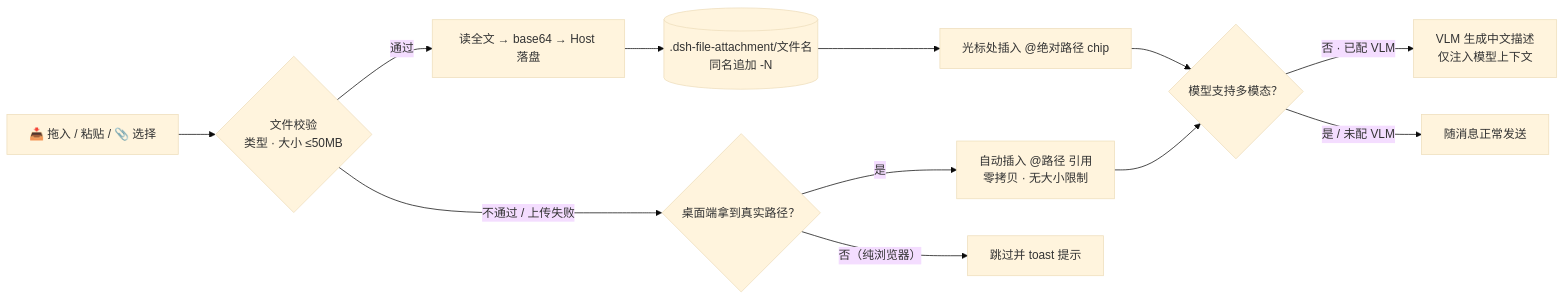
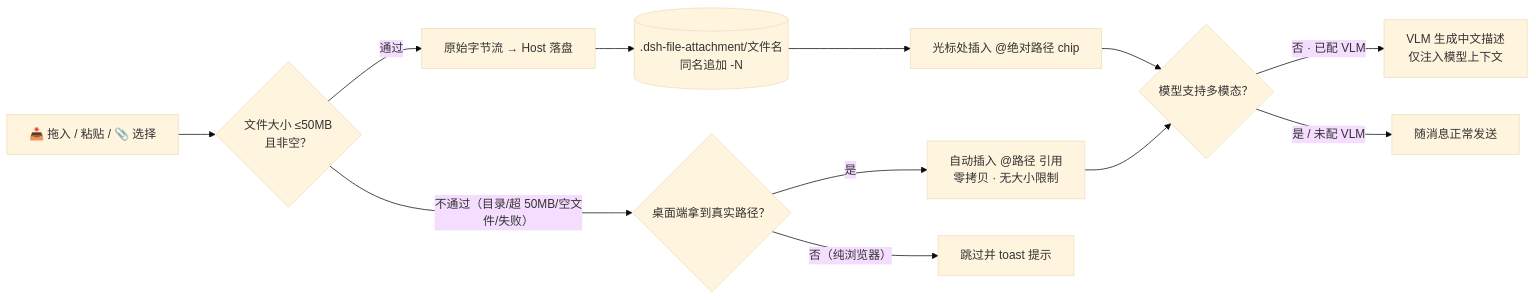
Before and after one commit to xinstart-1/dsh-files-fallback: the first of 2 diagrams in README.md, drawn with Mermaid (base theme). The commit also changed other lines of this file and 3 other files, not shown here.

````diff
--- a/README.md
+++ b/README.md
@@ -67,14 +66,14 @@
 ```mermaid
 flowchart LR
-    A["📥 拖入 / 粘贴 / 📎 选择"] --> B{"文件校验<br/>类型 · 大小 ≤50MB"}
-    B -- "通过" --> C["读全文 → base64 → Host 落盘"]
+    A["📥 拖入 / 粘贴 / 📎 选择"] --> B{"文件大小 ≤50MB<br/>且非空？"}
+    B -- "通过" --> C["原始字节流 → Host 落盘"]
     C --> D[(".dsh-file-attachment/文件名<br/>同名追加 -N")]
     D --> E["光标处插入 @绝对路径 chip"]
-    B -- "不通过 / 上传失败" --> F{"桌面端拿到真实路径？"}
+    B -- "不通过（目录/超 50MB/空文件/失败）" --> F{"桌面端拿到真实路径？"}
     F -- "是" --> G["自动插入 @路径 引用<br/>零拷贝 · 无大小限制"]
     F -- "否（纯浏览器）" --> X["跳过并 toast 提示"]
     E --> H{"模型支持多模态？"}
     G --> H
     H -- "否 · 已配 VLM" --> I["VLM 生成中文描述<br/>仅注入模型上下文"]
     H -- "是 / 未配 VLM" --> J["随消息正常发送"]
 ```
````
